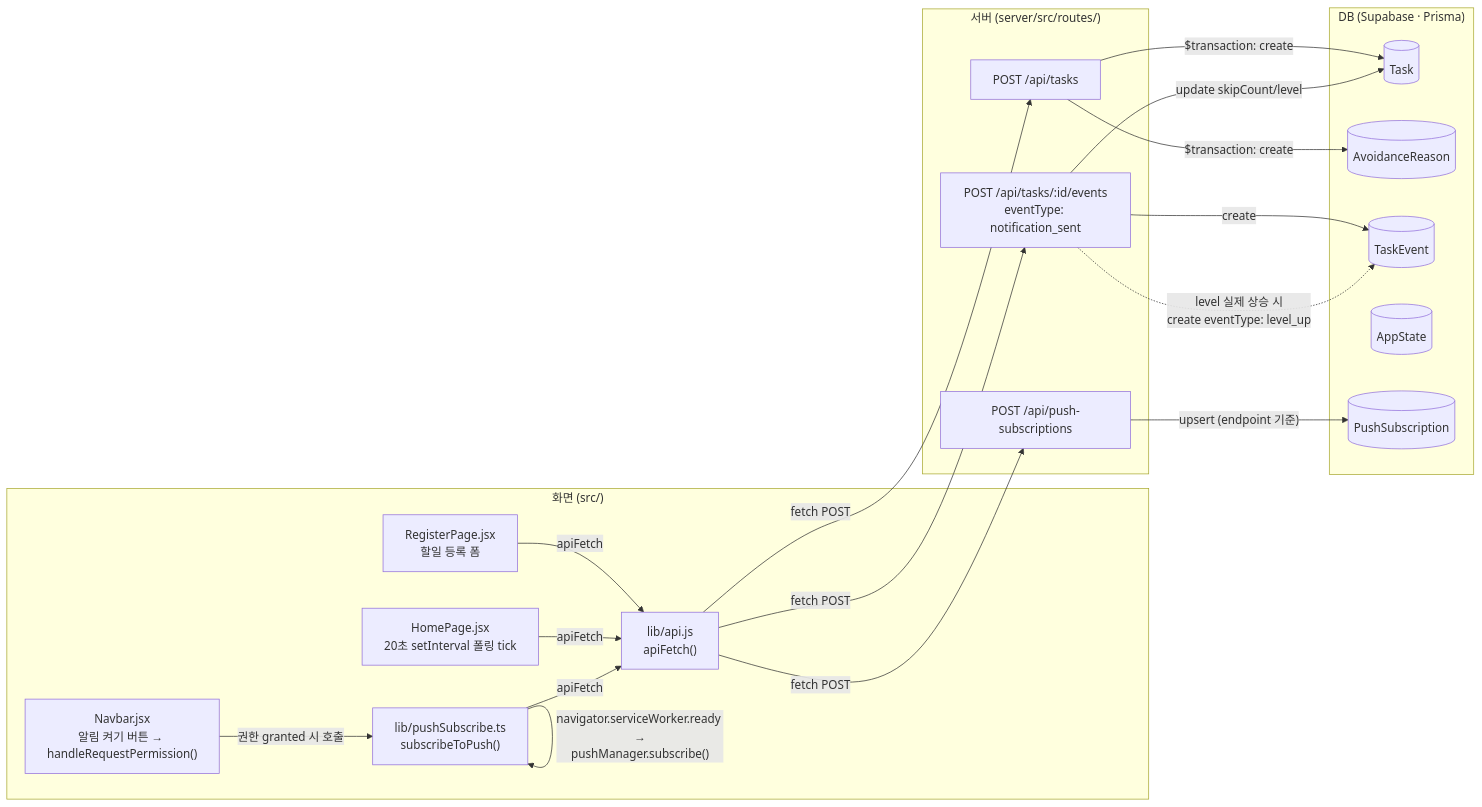
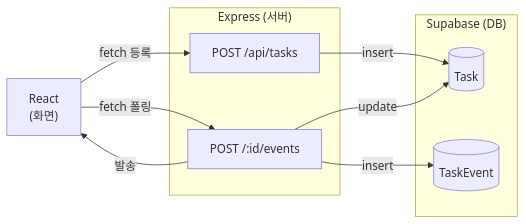
One commit to Mureung1/hub-showcase changed the diagram in README.md. Above: the diagram before and after it, drawn with Mermaid. The commit also changed other lines of this file, not shown here.

Commit message:
docs: README 아키텍처 다이어그램 시각화

````diff
--- a/README.md
+++ b/README.md
@@ -47,44 +47,21 @@
 ```mermaid
 flowchart LR
-    subgraph FE["화면 (src/)"]
-        Register["RegisterPage.jsx<br/>할일 등록 폼"]
-        Home["HomePage.jsx<br/>20초 setInterval 폴링 tick"]
-        Navbar["Navbar.jsx<br/>알림 켜기 버튼 → handleRequestPermission()"]
-        PushLib["lib/pushSubscribe.ts<br/>subscribeToPush()"]
-        ApiJs["lib/api.js<br/>apiFetch()"]
+    App["React<br/>(화면)"]
+
+    subgraph SRV["Express (서버)"]
+        R1["POST /api/tasks"]
+        R2["POST /:id/events"]
     end
 
-    subgraph SRV["서버 (server/src/routes/)"]
-        R1["POST /api/tasks"]
-        R2["POST /api/tasks/:id/events<br/>eventType: notification_sent"]
-        R3["POST /api/push-subscriptions"]
+    subgraph DB["Supabase (DB)"]
+        Task[("Task")]
+        Event[("TaskEvent")]
     end
 
-    subgraph DB["DB (Supabase · Prisma)"]
-        Task[("Task")]
-        Reason[("AvoidanceReason")]
-        Event[("TaskEvent")]
-        AppState[("AppState")]
-        Push[("PushSubscription")]
-    end
-
-    %% 흐름 1: 할일 등록
-    Register -->|apiFetch| ApiJs
-    ApiJs -->|"fetch POST"| R1
-    R1 -->|"$transaction: create"| Task
-    R1 -->|"$transaction: create"| Reason
-
-    %% 흐름 2: 레벨 상승 감지
-    Home -->|apiFetch| ApiJs
-    ApiJs -->|"fetch POST"| R2
-    R2 -->|"create"| Event
-    R2 -->|"update skipCount/level"| Task
-    R2 -.->|"level 실제 상승 시\ncreate eventType: level_up"| Event
-
-    %% 흐름 3: Push 구독 저장
-    Navbar -->|"권한 granted 시 호출"| PushLib
-    PushLib -->|"navigator.serviceWorker.ready →\npushManager.subscribe()"| PushLib
-    PushLib -->|apiFetch| ApiJs
-    ApiJs -->|"fetch POST"| R3
-    R3 -->|"upsert (endpoint 기준)"| Push
+    App -->|"fetch 등록"| R1
+    App -->|"fetch 폴링"| R2
+    R1 -->|"insert"| Task
+    R2 -->|"update"| Task
+    R2 -->|"insert"| Event
+    R2 -->|"발송"| App
 ```
````
